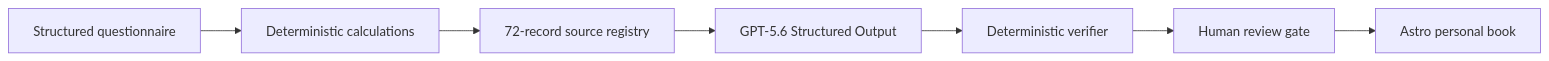
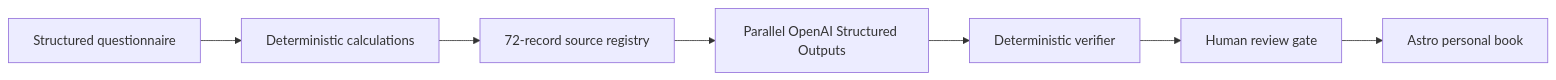
One commit to valery-om/omyear changed the diagram in README.md. Above: the diagram before and after it, drawn with Mermaid. The commit also changed other lines of this file and 33 other files, not shown here.

````diff
--- a/README.md
+++ b/README.md
@@ -30,9 +32,9 @@
 ```mermaid
 flowchart LR
   A["Structured questionnaire"] --> B["Deterministic calculations"]
   B --> C["72-record source registry"]
-  C --> D["GPT-5.6 Structured Output"]
+  C --> D["Parallel OpenAI Structured Outputs"]
   D --> E["Deterministic verifier"]
   E --> F["Human review gate"]
   F --> G["Astro personal book"]
 ```
````
